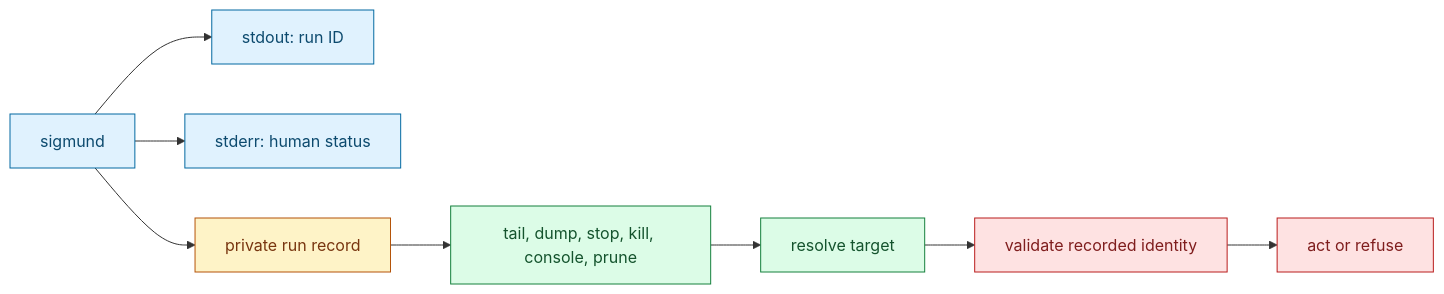
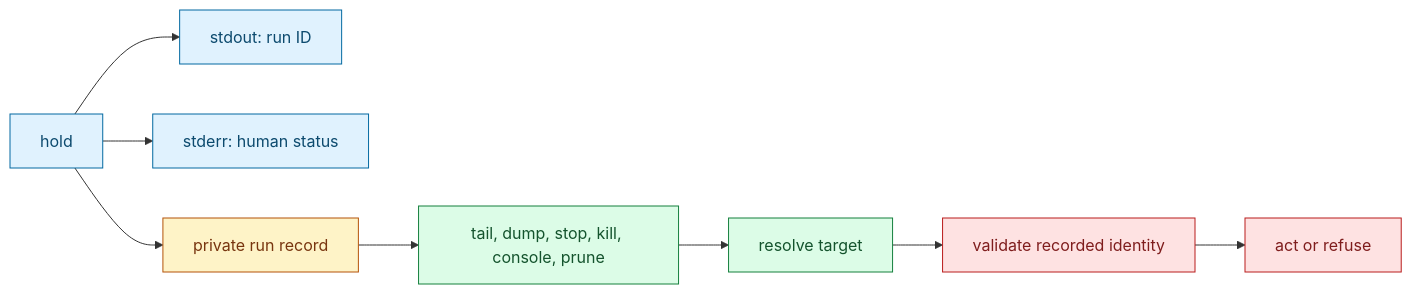
The first of 3 diagrams in docs/index.md (RchGrav/HoldOn), drawn with Mermaid before and after one commit. The commit also changed other lines of this file and 91 other files, not shown here.

````diff
--- a/docs/index.md
+++ b/docs/index.md
@@ -39,19 +39,19 @@
 ```mermaid
 flowchart LR
-    Start["sigmund <cmd...>"] --> RunId["stdout: run ID"]
+    Start["hold <cmd...>"] --> RunId["stdout: run ID"]
     Start --> Log["stderr: human status"]
     Start --> Record["private run record"]
     Record --> Later["tail, dump, stop, kill, console, prune"]
     Later --> Resolve["resolve target"]
     Resolve --> Validate["validate recorded identity"]
     Validate --> Act["act or refuse"]
 
     classDef user fill:#e0f2fe,stroke:#0369a1,color:#0c4a6e
     classDef state fill:#fef3c7,stroke:#b45309,color:#78350f
     classDef safety fill:#fee2e2,stroke:#b91c1c,color:#7f1d1d
     classDef action fill:#dcfce7,stroke:#15803d,color:#14532d
     class Start,RunId,Log user
     class Record state
     class Later,Resolve action
     class Validate,Act safety
 ```
````
